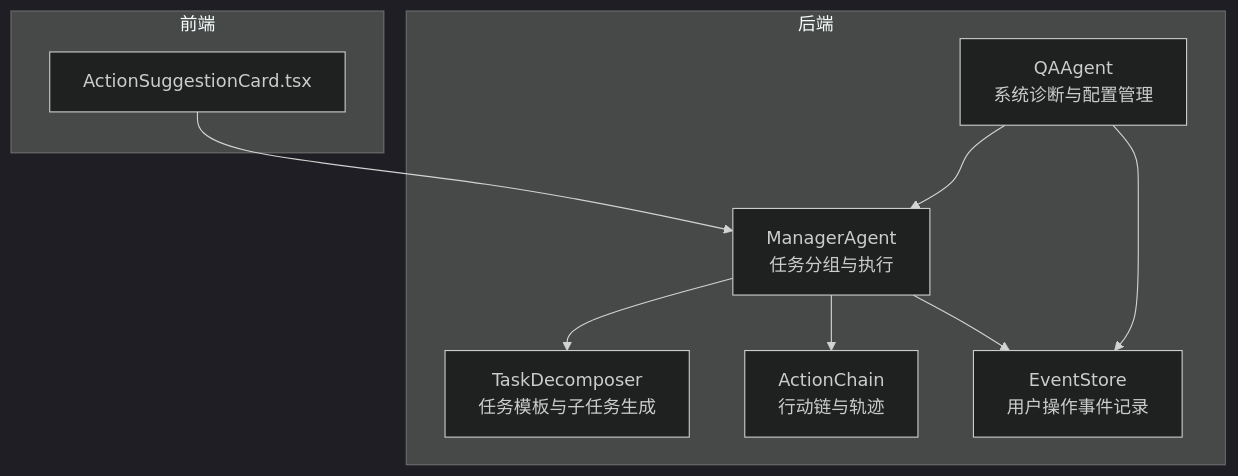
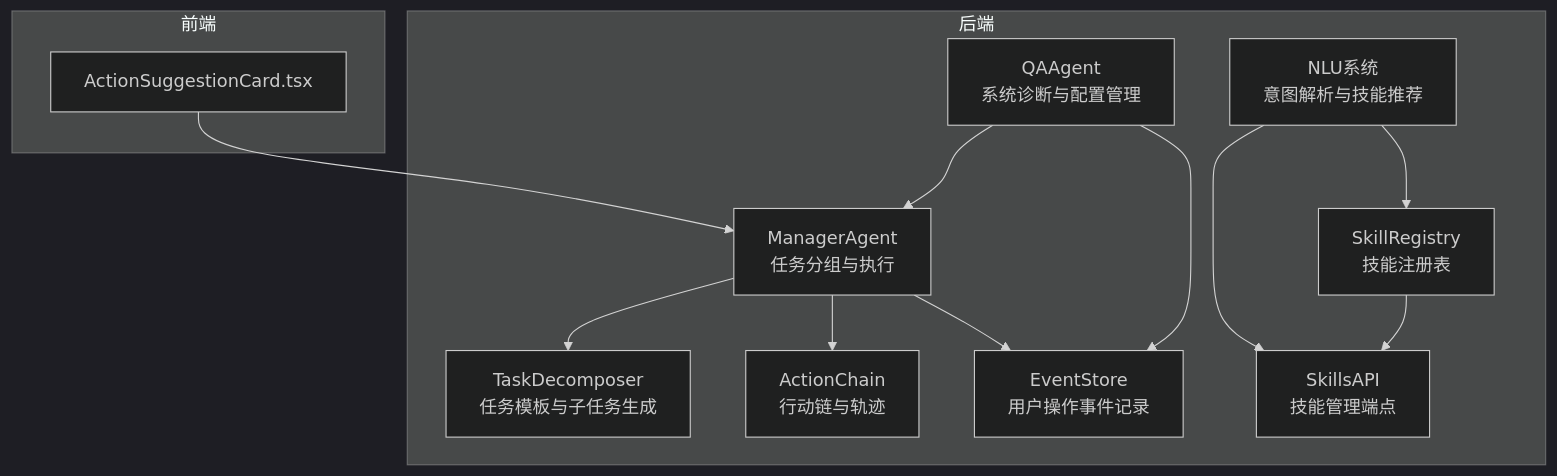
One commit to angledick/- changed the first of 11 diagrams in .qoder/repowiki/zh/content/核心业务模块/智能代理系统/智能代理系统.md. Above: the diagram before and after it, drawn with Mermaid (dark theme). The commit also changed other lines of this file and 770 other files, not shown here.

````diff
--- a/.qoder/repowiki/zh/content/核心业务模块/智能代理系统/智能代理系统.md
+++ b/.qoder/repowiki/zh/content/核心业务模块/智能代理系统/智能代理系统.md
@@ -38,19 +54,25 @@
 ```mermaid
 graph TB
 subgraph "前端"
 FE_UI["ActionSuggestionCard.tsx"]
 end
 subgraph "后端"
 MA["ManagerAgent<br/>任务分组与执行"]
 TD["TaskDecomposer<br/>任务模板与子任务生成"]
 AC["ActionChain<br/>行动链与轨迹"]
 QA["QAAgent<br/>系统诊断与配置管理"]
 ES["EventStore<br/>用户操作事件记录"]
+NLU["NLU系统<br/>意图解析与技能推荐"]
+SR["SkillRegistry<br/>技能注册表"]
+SK["SkillsAPI<br/>技能管理端点"]
 end
 FE_UI --> MA
 MA --> TD
 MA --> AC
 MA --> ES
 QA --> MA
 QA --> ES
+NLU --> SR
+NLU --> SK
+SR --> SK
 ```
````
